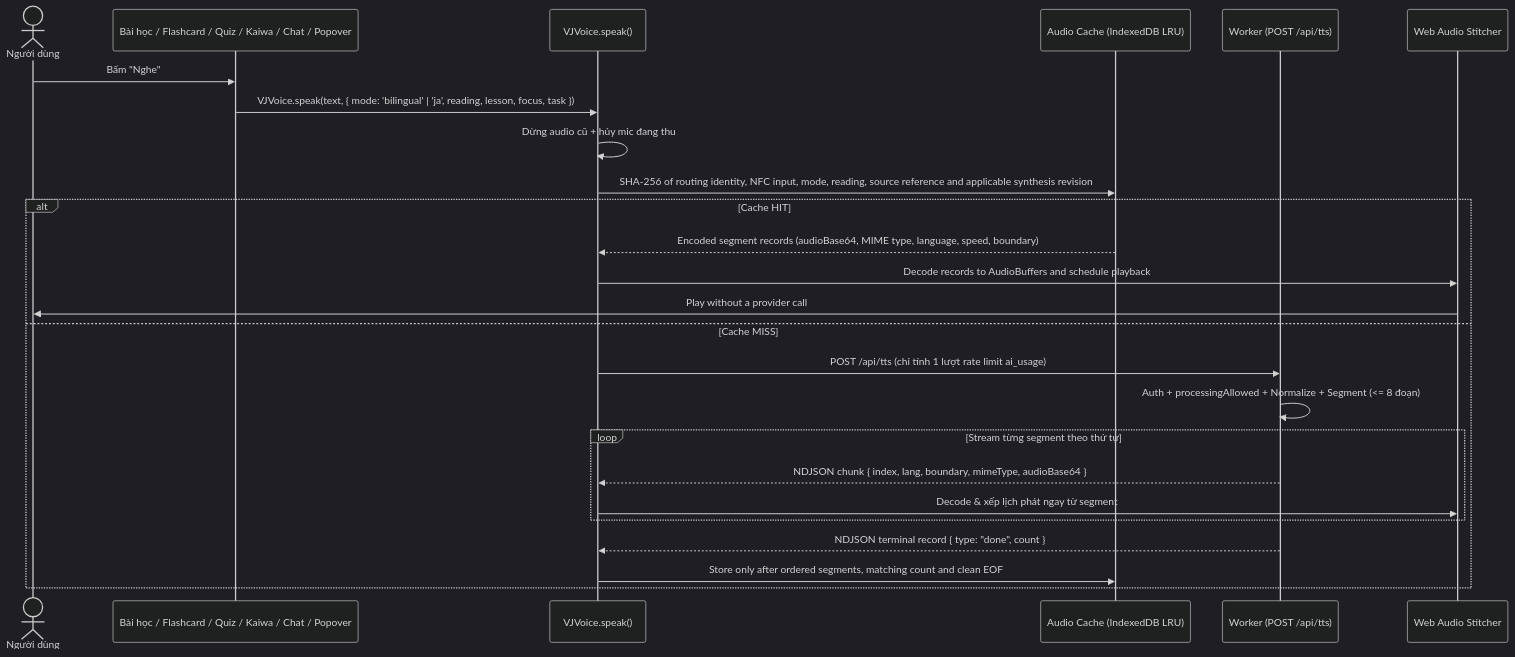
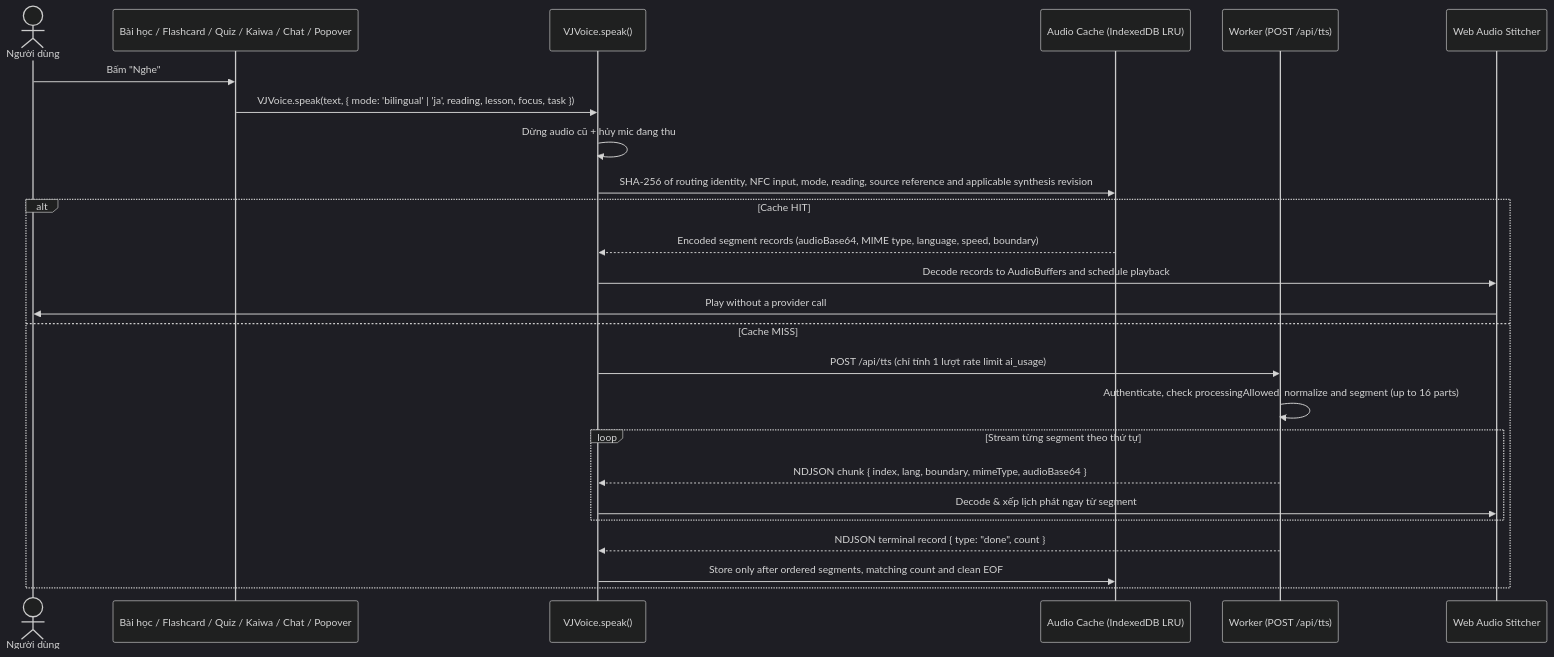
Before and after one commit to minhtri-bi/VJ_BOT: the fourth of 5 diagrams in docs/VOICE_FRAMEWORK.md, drawn with Mermaid (dark theme). The commit also changed other lines of this file and 17 other files, not shown here.

````diff
--- a/docs/VOICE_FRAMEWORK.md
+++ b/docs/VOICE_FRAMEWORK.md
@@ -182,28 +182,28 @@
 ```mermaid
 sequenceDiagram
     actor U as Người dùng
     participant App as Bài học / Flashcard / Quiz / Kaiwa / Chat / Popover
     participant Player as VJVoice.speak()
     participant Cache as Audio Cache (IndexedDB LRU)
     participant BE as Worker (POST /api/tts)
     participant Stitch as Web Audio Stitcher
 
     U->>App: Bấm "Nghe"
     App->>Player: VJVoice.speak(text, { mode: 'bilingual' | 'ja', reading, lesson, focus, task })
     Player->>Player: Dừng audio cũ + hủy mic đang thu
     Player->>Cache: SHA-256 of routing identity, NFC input, mode, reading, source reference and applicable synthesis revision
     alt Cache HIT
         Cache-->>Player: Encoded segment records (audioBase64, MIME type, language, speed, boundary)
         Player->>Stitch: Decode records to AudioBuffers and schedule playback
         Stitch->>U: Play without a provider call
     else Cache MISS
         Player->>BE: POST /api/tts (chỉ tính 1 lượt rate limit ai_usage)
-        BE->>BE: Auth + processingAllowed + Normalize + Segment (<= 8 đoạn)
+        BE->>BE: Authenticate, check processingAllowed, normalize and segment (up to 16 parts)
         loop Stream từng segment theo thứ tự
             BE-->>Player: NDJSON chunk { index, lang, boundary, mimeType, audioBase64 }
             Player->>Stitch: Decode & xếp lịch phát ngay từ segment #0
         end
         BE-->>Player: NDJSON terminal record { type: "done", count }
         Player->>Cache: Store only after ordered segments, matching count and clean EOF
     end
 ```
````
